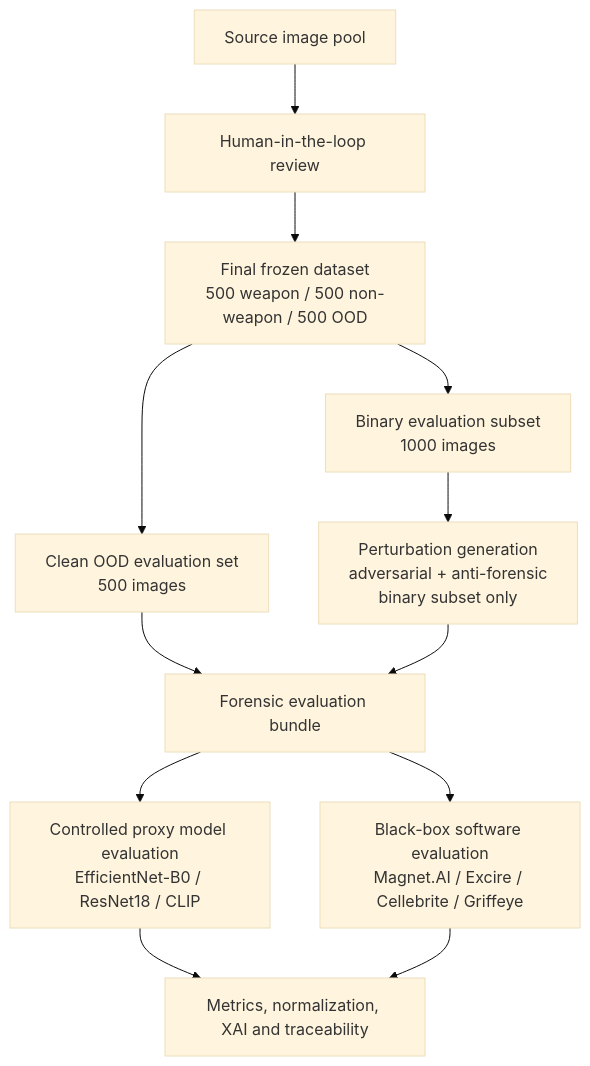
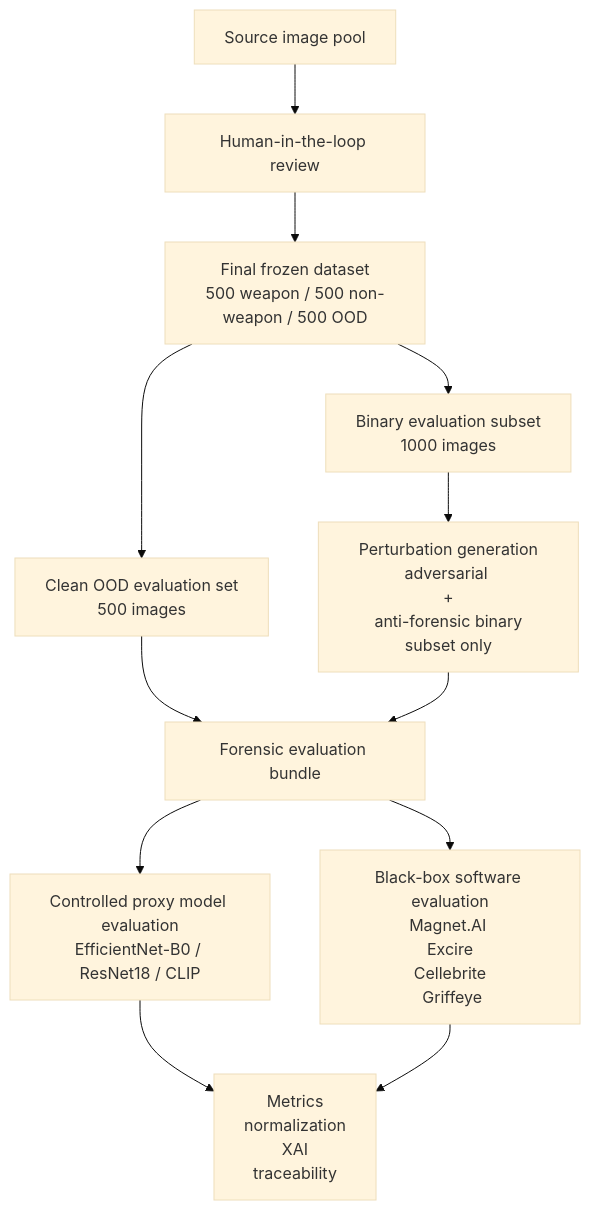
The second of 2 diagrams in README.md (lmolinario/msc-thesis-ai-robustness-in-digital-forensics), drawn with Mermaid (base theme) before and after one commit.

````diff
--- a/README.md
+++ b/README.md
@@ -93,29 +93,29 @@
 ```mermaid
 flowchart TD
     A[Source image pool]
     B[Human-in-the-loop review]
     C[Final frozen dataset<br/>500 weapon / 500 non-weapon / 500 OOD]
 
     D[Binary evaluation subset<br/>1000 images]
     E[Clean OOD evaluation set<br/>500 images]
 
-    F[Perturbation generation<br/>adversarial + anti-forensic<br/>binary subset only]
+    F[Perturbation generation<br/>adversarial <br/>+<br/> anti-forensic binary subset only]
 
     G[Forensic evaluation bundle]
 
     H[Controlled proxy model evaluation<br/>EfficientNet-B0 / ResNet18 / CLIP]
-    I[Black-box software evaluation<br/>Magnet.AI / Excire / Cellebrite / Griffeye]
+    I[Black-box software evaluation<br/>Magnet.AI <br/> Excire <br/> Cellebrite <br/> Griffeye]
 
-    J[Metrics, normalization, XAI and traceability]
+    J[Metrics <br/> normalization <br/> XAI <br/> traceability]
 
     A --> B --> C
     C --> D
     C --> E
     D --> F
     E --> G
     F --> G
     G --> H
     G --> I
     H --> J
     I --> J
 ```
````
